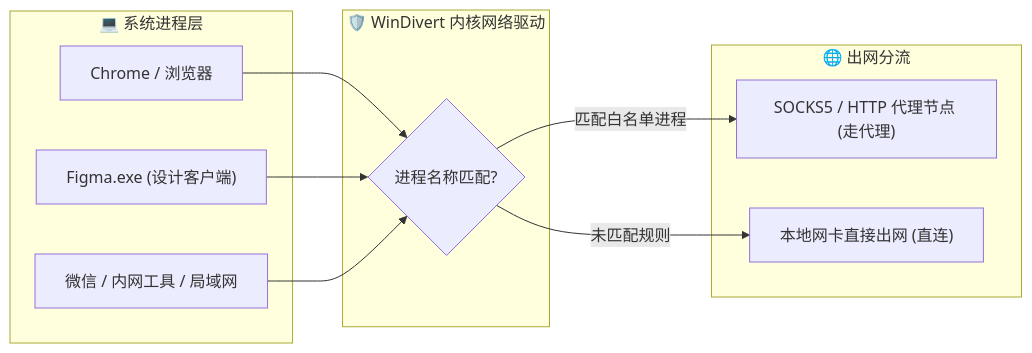
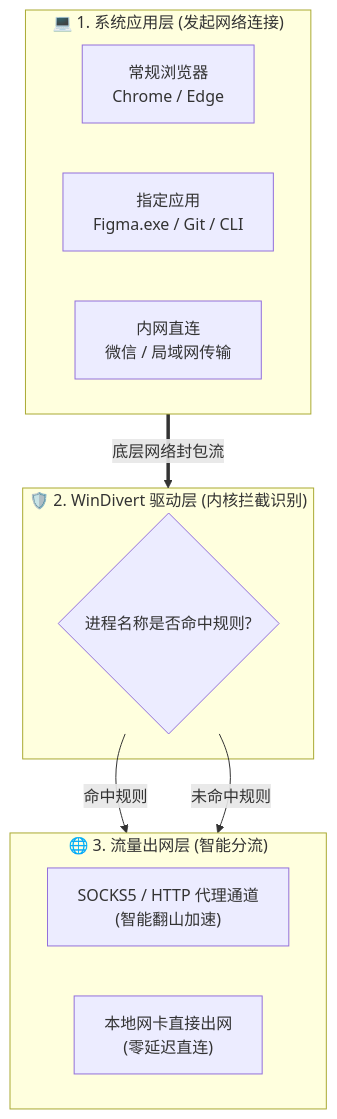
Before and after one commit to yudong2ao/yudong2ao.github.io: the diagram in src/content/posts/proxybridge-cli-plus.md, drawn with Mermaid. The commit also changed 4 other files, not shown here.

Commit message:
feat: 优化流程图排版与集成全屏交互式缩放灯箱

````diff
--- a/src/content/posts/proxybridge-cli-plus.md
+++ b/src/content/posts/proxybridge-cli-plus.md
@@ -43,24 +43,23 @@
 ```mermaid
-flowchart LR
-    subgraph Apps ["💻 系统进程层"]
-        A1["Chrome / 浏览器"]
-        A2["Figma.exe (设计客户端)"]
-        A3["微信 / 内网工具 / 局域网"]
+flowchart TD
+    subgraph Apps ["💻 1. 系统应用层 (发起网络连接)"]
+        direction LR
+        A1["常规浏览器<br/>Chrome / Edge"]
+        A2["指定应用<br/>Figma.exe / Git / CLI"]
+        A3["内网直连<br/>微信 / 局域网传输"]
     end
 
-    subgraph Driver ["🛡️ WinDivert 内核网络驱动"]
-        Router{"进程名称匹配?"}
+    subgraph Driver ["🛡️ 2. WinDivert 驱动层 (内核拦截识别)"]
+        Router{"进程名称是否命中规则?"}
     end
 
-    subgraph Output ["🌐 出网分流"]
-        Proxy["SOCKS5 / HTTP 代理节点 (走代理)"]
-        Direct["本地网卡直接出网 (直连)"]
+    subgraph Output ["🌐 3. 流量出网层 (智能分流)"]
+        direction LR
+        Proxy["SOCKS5 / HTTP 代理通道<br/>(智能翻山加速)"]
+        Direct["本地网卡直接出网<br/>(零延迟直连)"]
     end
 
-    A1 --> Router
-    A2 --> Router
-    A3 --> Router
-
-    Router --> |匹配白名单进程| Proxy
-    Router --> |未匹配规则| Direct
+    Apps ==> |底层网络封包流| Driver
+    Router --> |命中规则| Proxy
+    Router --> |未命中规则| Direct
 ```
````
